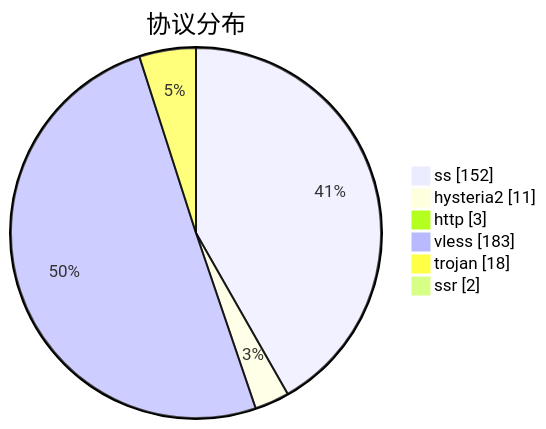
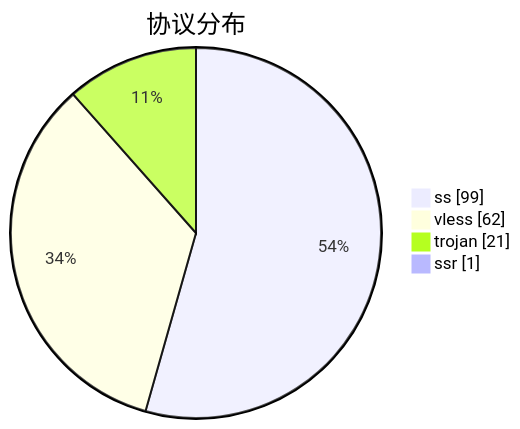
One commit to qjlxg/airport changed the third of 3 diagrams in subs/statistics/tested_within.md. Above: the diagram before and after it, drawn with Mermaid. The commit also changed other lines of this file and 2 other files, not shown here.

````diff
--- a/subs/statistics/tested_within.md
+++ b/subs/statistics/tested_within.md
@@ -18,10 +17,8 @@
 ```mermaid
 pie showData
 title 协议分布
-"ss" : 152
-"hysteria2" : 11
-"http" : 3
-"vless" : 183
-"trojan" : 18
-"ssr" : 2
+"ss" : 99
+"vless" : 62
+"trojan" : 21
+"ssr" : 1
 ```
````
